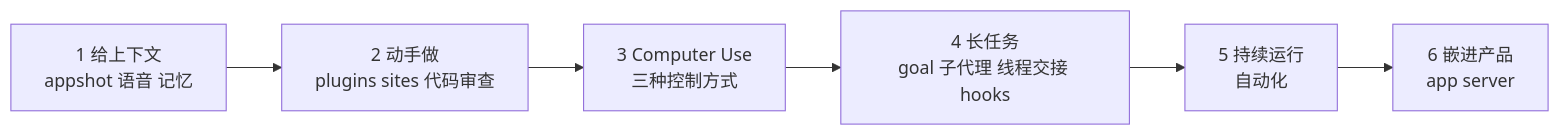
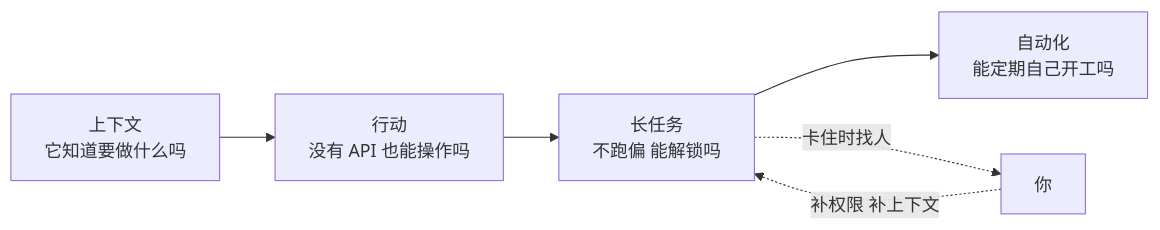
One commit to yzw7489757/ai-coding-videos changed the diagram in docs/42-openai-cooking-with-codex.md. Above: the diagram before and after it, drawn with Mermaid. The commit also changed other lines of this file and 9 other files, not shown here.

````diff
--- a/docs/42-openai-cooking-with-codex.md
+++ b/docs/42-openai-cooking-with-codex.md
@@ -40,8 +52,8 @@
 ```mermaid
 flowchart LR
-    A["1 给上下文<br/>appshot 语音 记忆"] --> B["2 动手做<br/>plugins sites 代码审查"]
-    B --> C["3 Computer Use<br/>三种控制方式"]
-    C --> D["4 长任务<br/>goal 子代理 线程交接 hooks"]
-    D --> E["5 持续运行<br/>自动化"]
-    E --> F["6 嵌进产品<br/>app server"]
+    A["上下文<br/>它知道要做什么吗"] --> B["行动<br/>没有 API 也能操作吗"]
+    B --> C["长任务<br/>不跑偏 能解锁吗"]
+    C --> D["自动化<br/>能定期自己开工吗"]
+    C -.->|"卡住时找人"| H["你"]
+    H -.->|"补权限 补上下文"| C
 ```
````
